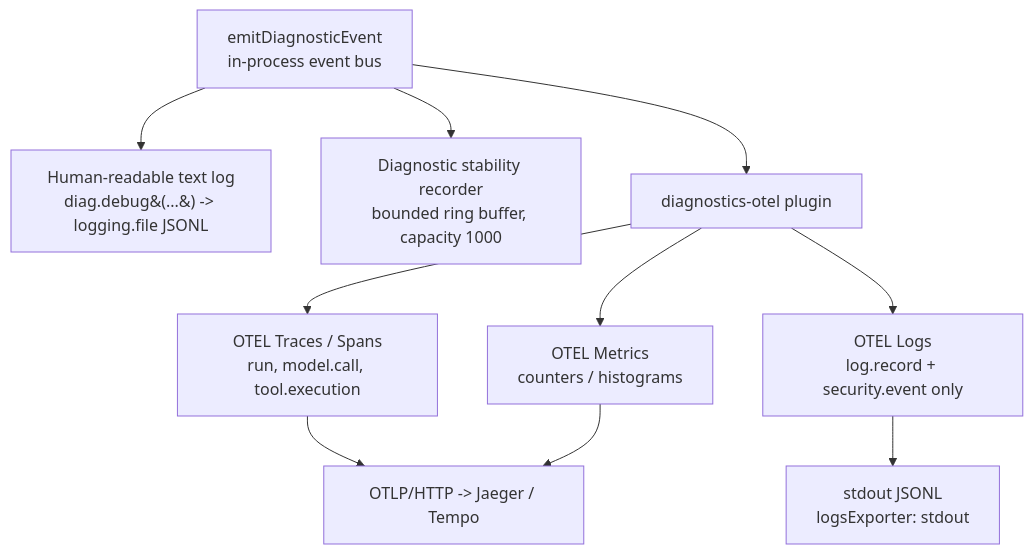
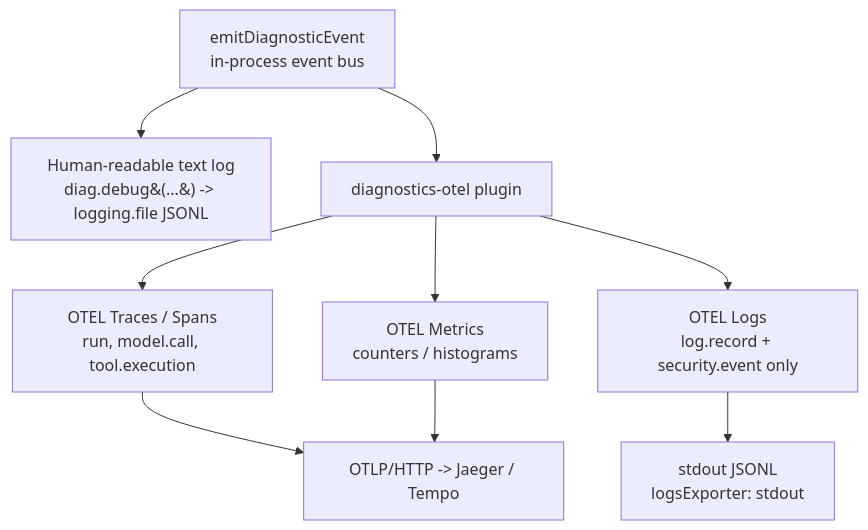
Before and after one commit to rudra-intel/edge-ai-libraries: the diagram in tools/genai-applications-sizing/opeclaw-benchmark.md, drawn with Mermaid. The commit also changed other lines of this file, not shown here.

````diff
--- a/tools/genai-applications-sizing/opeclaw-benchmark.md
+++ b/tools/genai-applications-sizing/opeclaw-benchmark.md
@@ -72,12 +73,11 @@
 ```mermaid
 flowchart TD
     A[emitDiagnosticEvent<br/>in-process event bus] --> B[Human-readable text log<br/>diag.debug&#40;...&#41; -> logging.file JSONL]
-    A --> C[Diagnostic stability recorder<br/>bounded ring buffer, capacity 1000]
     A --> D[diagnostics-otel plugin]
     D --> E[OTEL Metrics<br/>counters / histograms]
     D --> F[OTEL Traces / Spans<br/>run, model.call, tool.execution]
     D --> G[OTEL Logs<br/>log.record + security.event only]
     G --> H[stdout JSONL<br/>logsExporter: stdout]
     F --> I[OTLP/HTTP -> Jaeger / Tempo]
     E --> I
 ```
````
